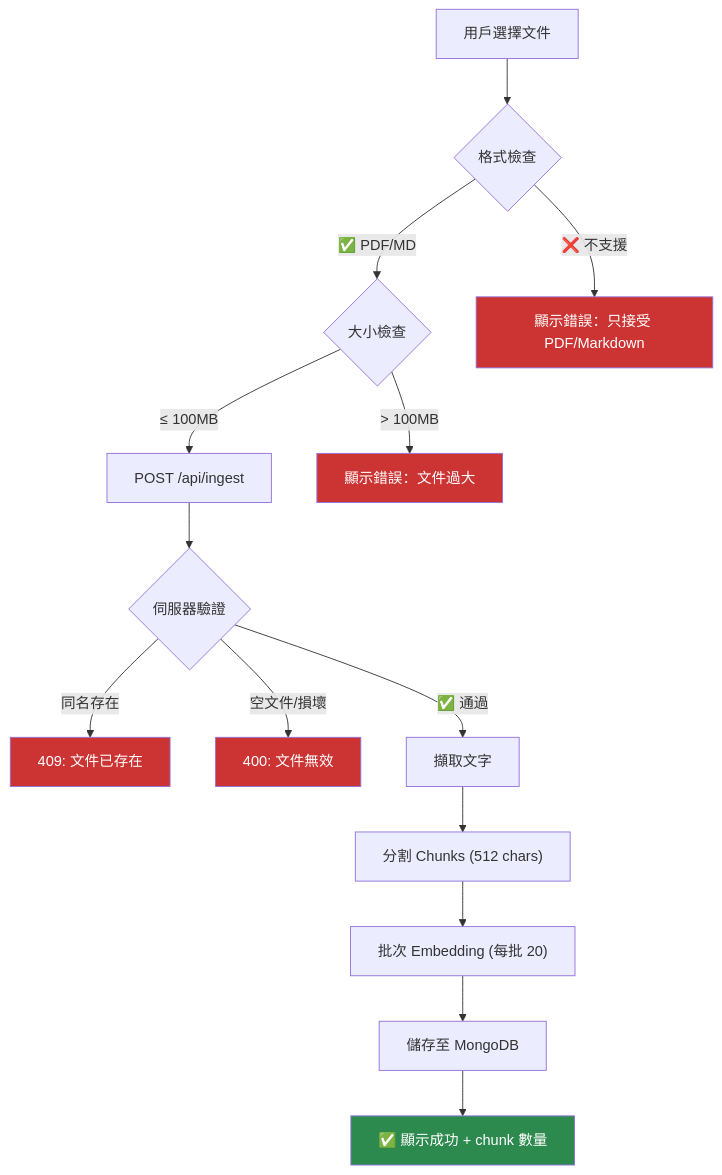
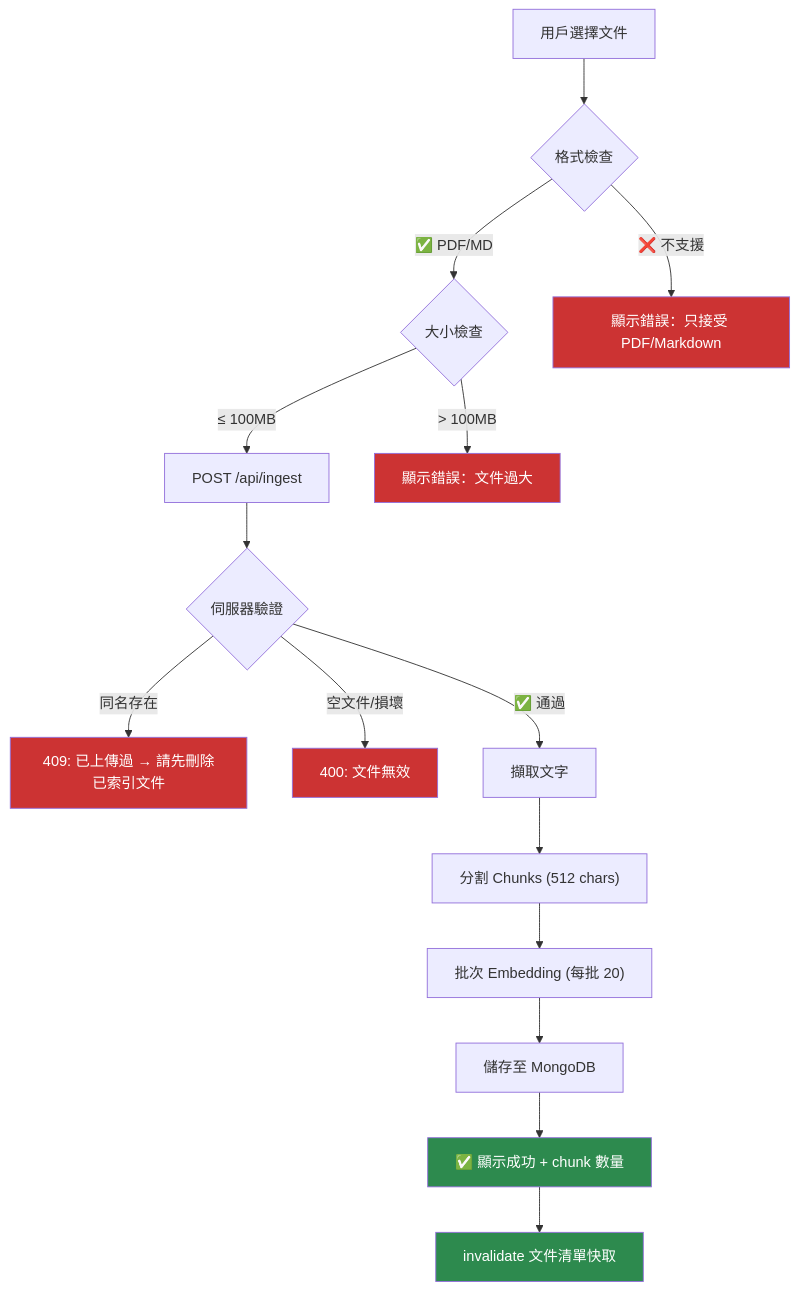
Before and after one commit to johnmak101-ops/RevisionApp: the second of 8 diagrams in docs/UI_FLOW_DIAGRAM.md, drawn with Mermaid. The commit also changed other lines of this file and 64 other files, not shown here.

````diff
--- a/docs/UI_FLOW_DIAGRAM.md
+++ b/docs/UI_FLOW_DIAGRAM.md
@@ -26,25 +26,27 @@
 ```mermaid
 flowchart TD
     A["用戶選擇文件"] --> B{"格式檢查"}
     B -->|"✅ PDF/MD"| C{"大小檢查"}
     B -->|"❌ 不支援"| ERR1["顯示錯誤：只接受 PDF/Markdown"]
     
     C -->|"≤ 100MB"| D["POST /api/ingest"]
     C -->|"> 100MB"| ERR2["顯示錯誤：文件過大"]
     
     D --> E{"伺服器驗證"}
-    E -->|"同名存在"| ERR3["409: 文件已存在"]
+    E -->|"同名存在"| ERR3["409: 已上傳過 → 請先刪除已索引文件"]
     E -->|"空文件/損壞"| ERR4["400: 文件無效"]
     E -->|"✅ 通過"| F["擷取文字"]
     
     F --> G["分割 Chunks (512 chars)"]
     G --> H["批次 Embedding (每批 20)"]
     H --> I["儲存至 MongoDB"]
     I --> J["✅ 顯示成功 + chunk 數量"]
+    J --> K["invalidate 文件清單快取"]
     
     style J fill:#2d8a4e,color:#fff
+    style K fill:#2d8a4e,color:#fff
     style ERR1 fill:#cc3333,color:#fff
     style ERR2 fill:#cc3333,color:#fff
     style ERR3 fill:#cc3333,color:#fff
     style ERR4 fill:#cc3333,color:#fff
 ```
````
